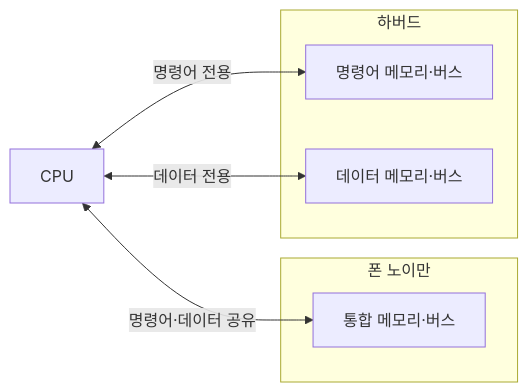
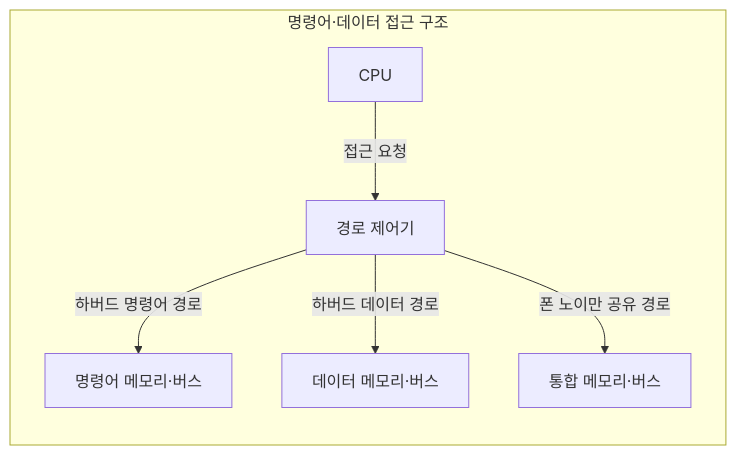
The first of 3 diagrams in src/content/docs/notes/02-hardware/001_von_neumann_vs_harvard.md (agnusdei1207/knowledge-base), drawn with Mermaid before and after one commit. The commit also changed other lines of this file and 1 other file, not shown here.

````diff
--- a/src/content/docs/notes/02-hardware/001_von_neumann_vs_harvard.md
+++ b/src/content/docs/notes/02-hardware/001_von_neumann_vs_harvard.md
@@ -54,14 +57,15 @@
 ```mermaid
-flowchart LR
-    C["CPU"]
-    subgraph VN["폰 노이만"]
-        V["통합 메모리·버스"]
-    end
-    subgraph HV["하버드"]
+flowchart TB
+    subgraph A["명령어·데이터 접근 구조"]
+        direction TB
+        C["CPU"]
+        P["경로 제어기"]
         I["명령어 메모리·버스"]
         D["데이터 메모리·버스"]
+        M["통합 메모리·버스"]
+        C -->|접근 요청| P
+        P -->|하버드 명령어 경로| I
+        P -->|하버드 데이터 경로| D
+        P -->|폰 노이만 공유 경로| M
     end
-    C <-->|명령어·데이터 공유| V
-    C <-->|명령어 전용| I
-    C <-->|데이터 전용| D
 ```
````
